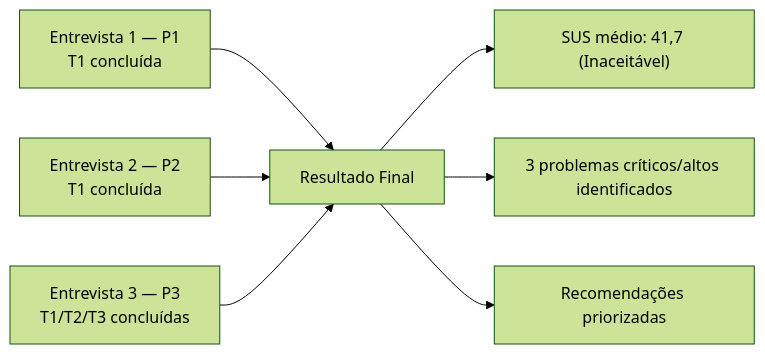
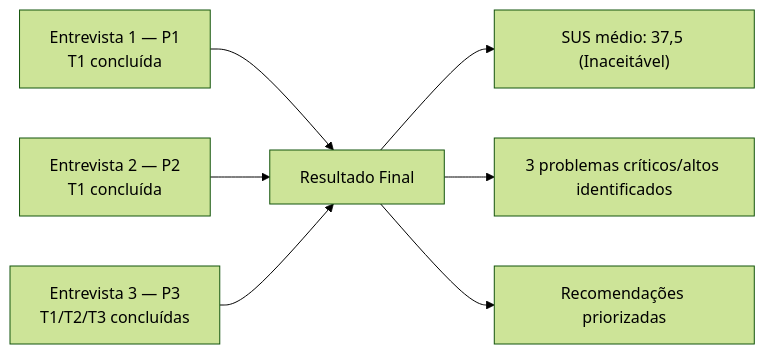
One commit to UnB-IHC/IHC_2026.1_Grupo07 changed the first of 6 diagrams in docs/ihc-sabin/teste-usabilidade/resultados.md. Above: the diagram before and after it, drawn with Mermaid (forest theme). The commit also changed other lines of this file and 2 other files, not shown here.

Commit message:
alteração nos resultados e tabulação de métricas e SUS

````diff
--- a/docs/ihc-sabin/teste-usabilidade/resultados.md
+++ b/docs/ihc-sabin/teste-usabilidade/resultados.md
@@ -47,9 +47,9 @@
 ```mermaid
 flowchart LR
     P1["Entrevista 1 — P1\nT1 concluída"] --> RF[Resultado Final]
     P2["Entrevista 2 — P2\nT1 concluída"] --> RF
     P3["Entrevista 3 — P3\nT1/T2/T3 concluídas"] --> RF
-    RF --> SUS["SUS médio: 41,7 (Inaceitável)"]
+    RF --> SUS["SUS médio: 37,5 (Inaceitável)"]
     RF --> PROB["3 problemas críticos/altos identificados"]
     RF --> REC["Recomendações priorizadas"]
 ```
````
